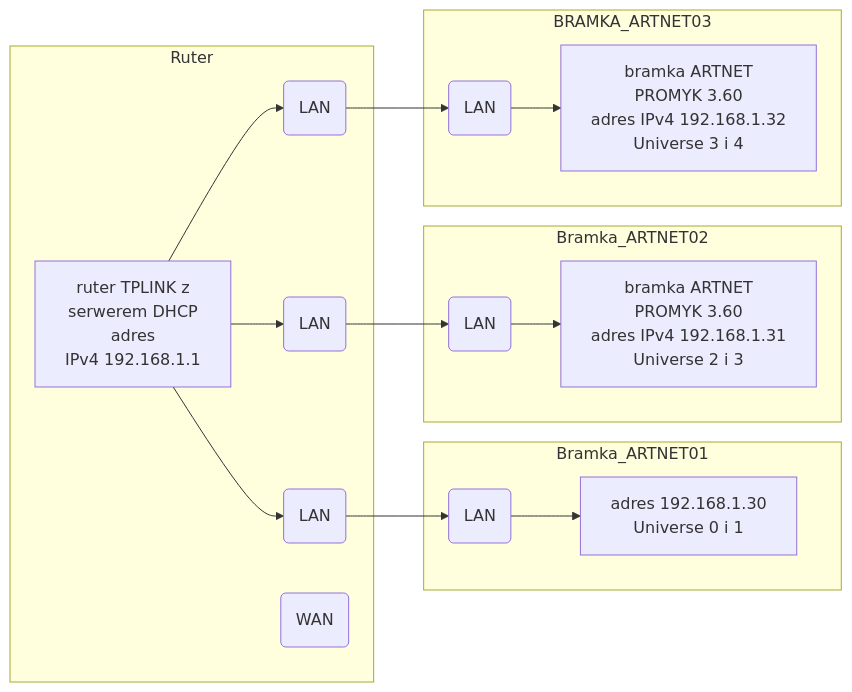
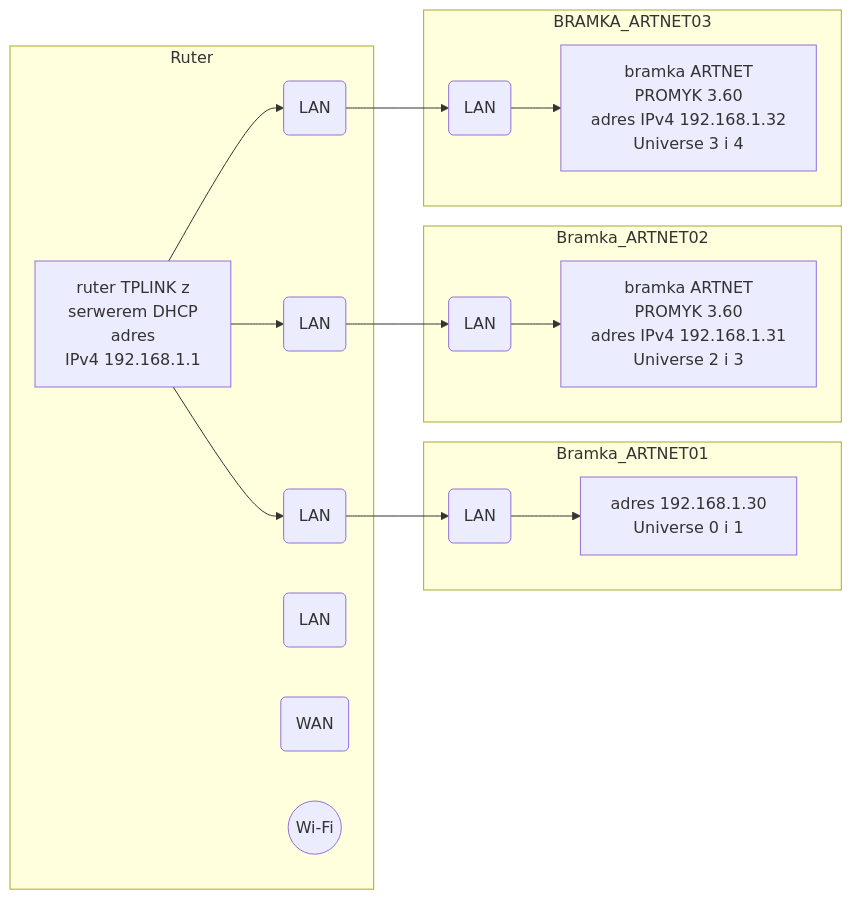
Before and after one commit to wklteam64/wklteam64.github.io: the diagram in _posts/2025-11-10-ruter_internet_artnet.md, drawn with Mermaid. The commit also changed other lines of this file, not shown here.

Commit message:
in09 end

````diff
--- a/_posts/2025-11-10-ruter_internet_artnet.md
+++ b/_posts/2025-11-10-ruter_internet_artnet.md
@@ -84,48 +84,50 @@
 ```mermaid
 flowchart LR
 subgraph Bramka_ARTNET01
 A[adres 192.168.1.30 
 Universe 0 i 1 ]
 ML(LAN)
 
 end
 subgraph Bramka_ARTNET02
 B[bramka ARTNET 
 PROMYK 3.60
 adres IPv4 192.168.1.31
 Universe 2 i 3]
 TW(LAN)
 
 end
 
 subgraph BRAMKA_ARTNET03 
 P[bramka ARTNET 
 PROMYK 3.60
 adres IPv4 192.168.1.32 
 Universe 3 i 4 ]
 PLAN(LAN)
 
 end
 
 subgraph Ruter
 R[ruter TPLINK z 
 serwerem DHCP
 adres
 IPv4 192.168.1.1]
 L(LAN)
 C(LAN)
 D(LAN)
+E(LAN)
 WAN(WAN)
+WIFI((Wi-Fi))
 end
 
 L --> ML
 ML-->A
 R --> L
 R-->D
 C --> TW
 R -->C
 D --> PLAN
 PLAN --> P
 TW-->B
 
 ```
````
